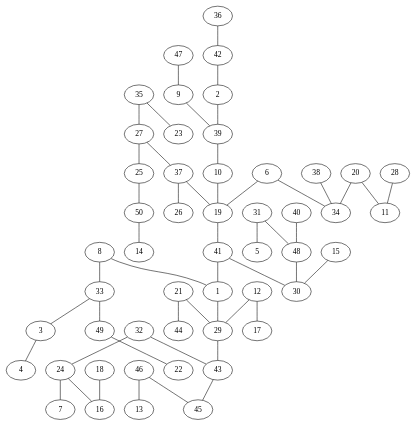
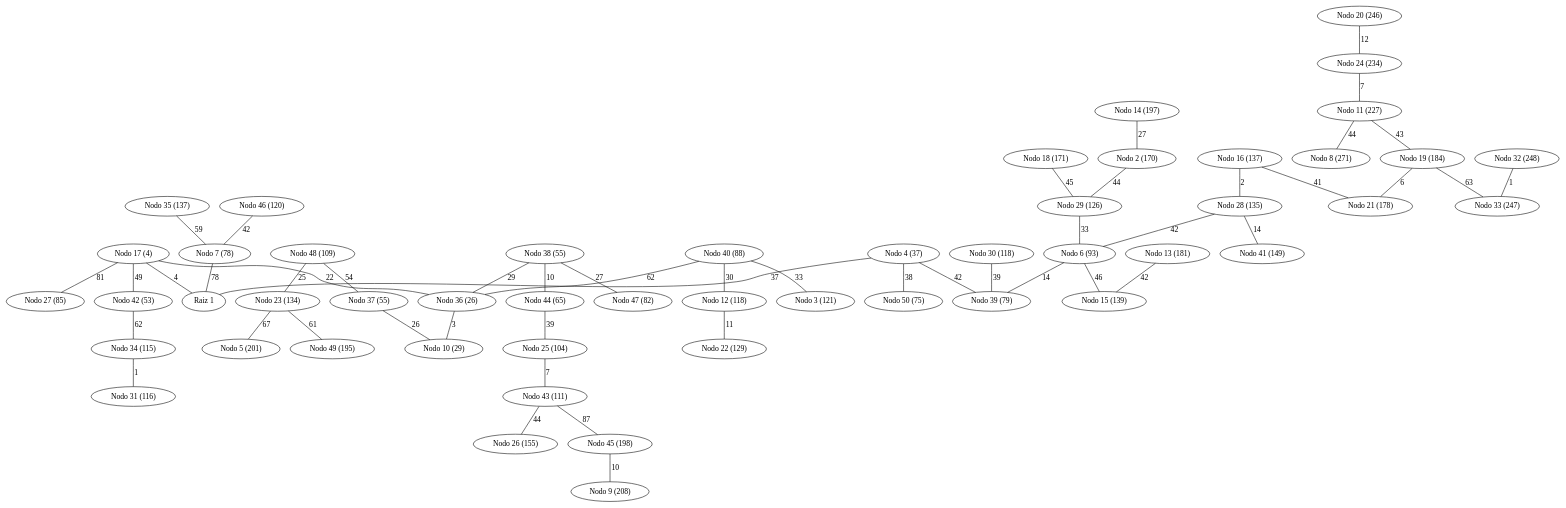
The diagram in proyecto_1/archivos_graphviz/arbol_Dijkstra_barabasi_50_nodos.dot (ElvisTech007/proyectos_DAA), drawn with Graphviz before and after one commit. The commit also changed 23 other files, not shown here.

```diff
--- a/proyecto_1/archivos_graphviz/arbol_Dijkstra_barabasi_50_nodos.dot
+++ b/proyecto_1/archivos_graphviz/arbol_Dijkstra_barabasi_50_nodos.dot
@@ -1,101 +1,101 @@
 graph arbol_dijkstra_G_1 {
-    1;
-    29;
-    21;
-    8;
-    33;
-    49;
-    12;
-    41;
-    43;
-    3;
-    32;
-    19;
-    44;
-    37;
-    6;
-    30;
-    24;
-    17;
-    7;
-    16;
-    45;
-    27;
-    22;
-    25;
-    50;
-    15;
-    48;
-    31;
-    10;
-    26;
-    35;
-    34;
-    39;
-    38;
-    20;
-    11;
-    28;
-    5;
-    14;
-    40;
-    4;
-    18;
-    23;
-    46;
-    2;
-    42;
-    9;
-    47;
-    36;
-    13;
-    47 -- 9;
-    36 -- 42;
-    42 -- 2;
-    2 -- 39;
-    9 -- 39;
-    35 -- 27;
-    39 -- 10;
-    35 -- 23;
-    10 -- 19;
-    27 -- 37;
-    37 -- 19;
-    37 -- 26;
-    6 -- 19;
-    19 -- 41;
-    38 -- 34;
-    27 -- 25;
-    20 -- 34;
-    6 -- 34;
-    25 -- 50;
-    50 -- 14;
-    31 -- 48;
-    15 -- 30;
-    28 -- 11;
-    31 -- 5;
-    20 -- 11;
-    40 -- 48;
-    48 -- 30;
-    41 -- 1;
-    41 -- 30;
-    8 -- 1;
-    8 -- 33;
-    33 -- 49;
-    21 -- 29;
-    21 -- 44;
-    49 -- 22;
-    12 -- 29;
-    12 -- 17;
-    1 -- 29;
-    33 -- 3;
-    32 -- 43;
-    29 -- 43;
-    32 -- 24;
-    3 -- 4;
-    24 -- 7;
-    46 -- 45;
-    43 -- 45;
-    18 -- 16;
-    24 -- 16;
-    46 -- 13;
+    "1" [label="Raiz 1"];
+    "17" [label="Nodo 17 (4)"];
+    "36" [label="Nodo 36 (26)"];
+    "10" [label="Nodo 10 (29)"];
+    "4" [label="Nodo 4 (37)"];
+    "42" [label="Nodo 42 (53)"];
+    "37" [label="Nodo 37 (55)"];
+    "38" [label="Nodo 38 (55)"];
+    "44" [label="Nodo 44 (65)"];
+    "50" [label="Nodo 50 (75)"];
+    "7" [label="Nodo 7 (78)"];
+    "39" [label="Nodo 39 (79)"];
+    "47" [label="Nodo 47 (82)"];
+    "27" [label="Nodo 27 (85)"];
+    "40" [label="Nodo 40 (88)"];
+    "6" [label="Nodo 6 (93)"];
+    "25" [label="Nodo 25 (104)"];
+    "48" [label="Nodo 48 (109)"];
+    "43" [label="Nodo 43 (111)"];
+    "34" [label="Nodo 34 (115)"];
+    "31" [label="Nodo 31 (116)"];
+    "12" [label="Nodo 12 (118)"];
+    "30" [label="Nodo 30 (118)"];
+    "46" [label="Nodo 46 (120)"];
+    "3" [label="Nodo 3 (121)"];
+    "29" [label="Nodo 29 (126)"];
+    "22" [label="Nodo 22 (129)"];
+    "23" [label="Nodo 23 (134)"];
+    "28" [label="Nodo 28 (135)"];
+    "16" [label="Nodo 16 (137)"];
+    "35" [label="Nodo 35 (137)"];
+    "15" [label="Nodo 15 (139)"];
+    "41" [label="Nodo 41 (149)"];
+    "26" [label="Nodo 26 (155)"];
+    "2" [label="Nodo 2 (170)"];
+    "18" [label="Nodo 18 (171)"];
+    "21" [label="Nodo 21 (178)"];
+    "13" [label="Nodo 13 (181)"];
+    "19" [label="Nodo 19 (184)"];
+    "49" [label="Nodo 49 (195)"];
+    "14" [label="Nodo 14 (197)"];
+    "45" [label="Nodo 45 (198)"];
+    "5" [label="Nodo 5 (201)"];
+    "9" [label="Nodo 9 (208)"];
+    "11" [label="Nodo 11 (227)"];
+    "24" [label="Nodo 24 (234)"];
+    "20" [label="Nodo 20 (246)"];
+    "33" [label="Nodo 33 (247)"];
+    "32" [label="Nodo 32 (248)"];
+    "8" [label="Nodo 8 (271)"];
+    20 -- 24 [label="12"];
+    24 -- 11 [label="7"];
+    14 -- 2 [label="27"];
+    11 -- 19 [label="43"];
+    11 -- 8 [label="44"];
+    32 -- 33 [label="1"];
+    19 -- 21 [label="6"];
+    19 -- 33 [label="63"];
+    40 -- 36 [label="62"];
+    40 -- 12 [label="30"];
+    40 -- 3 [label="33"];
+    18 -- 29 [label="45"];
+    2 -- 29 [label="44"];
+    35 -- 7 [label="59"];
+    29 -- 6 [label="33"];
+    12 -- 22 [label="11"];
+    16 -- 28 [label="2"];
+    13 -- 15 [label="42"];
+    16 -- 21 [label="41"];
+    28 -- 6 [label="42"];
+    28 -- 41 [label="14"];
+    6 -- 39 [label="14"];
+    6 -- 15 [label="46"];
+    46 -- 7 [label="42"];
+    30 -- 39 [label="39"];
+    7 -- 1 [label="78"];
+    4 -- 1 [label="37"];
+    4 -- 39 [label="42"];
+    4 -- 50 [label="38"];
+    17 -- 1 [label="4"];
+    17 -- 27 [label="81"];
+    17 -- 42 [label="49"];
+    38 -- 36 [label="29"];
+    17 -- 36 [label="22"];
+    42 -- 34 [label="62"];
+    48 -- 37 [label="54"];
+    38 -- 47 [label="27"];
+    34 -- 31 [label="1"];
+    37 -- 10 [label="26"];
+    38 -- 44 [label="10"];
+    36 -- 10 [label="3"];
+    48 -- 23 [label="25"];
+    44 -- 25 [label="39"];
+    25 -- 43 [label="7"];
+    23 -- 49 [label="61"];
+    23 -- 5 [label="67"];
+    43 -- 45 [label="87"];
+    43 -- 26 [label="44"];
+    45 -- 9 [label="10"];
 }
```
